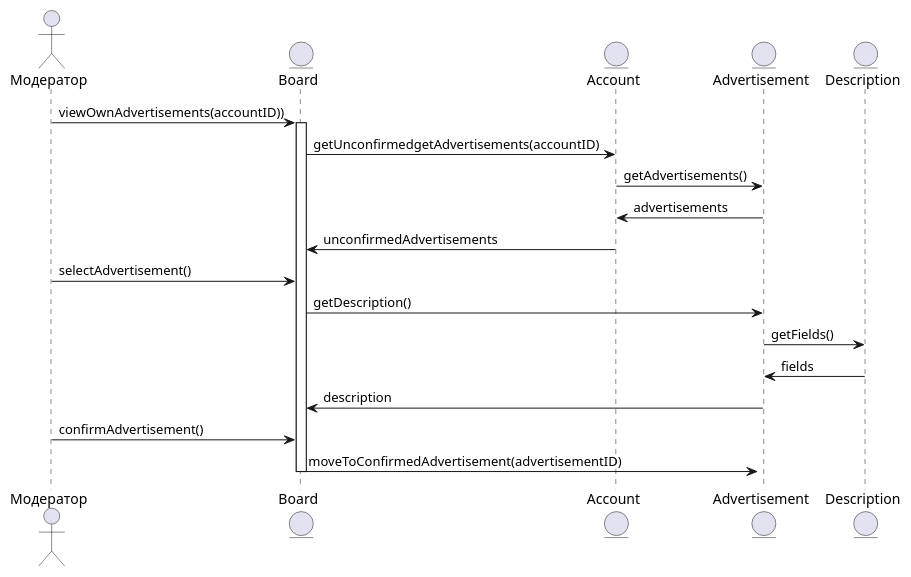
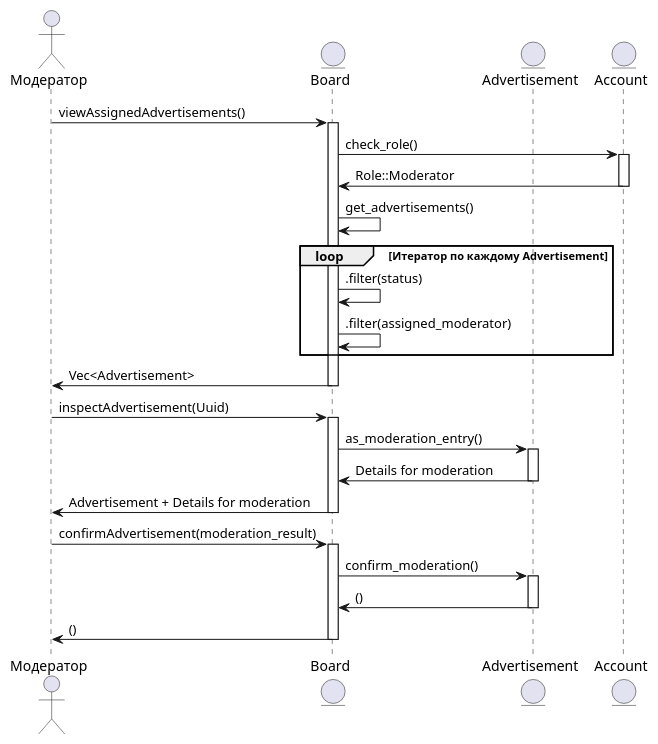
Before and after one commit to penamarth/bsbo-01-22_team1_var13: the diagram in Диаграмма последовательности Модерация объявлений.md, drawn with PlantUML.

Commit message:
fix: Tweak `Диаграмма последовательности Модерация объявлений.md`

````diff
--- a/Диаграмма последовательности Модерация объявлений.md
+++ b/Диаграмма последовательности Модерация объявлений.md
@@ -1,30 +1,42 @@
 ```plantuml
 @startuml
 
 actor Модератор
 entity Board
+entity Advertisement
 entity Account
-entity Advertisement
-entity Description
 
-Модератор -> Board : viewOwnAdvertisements(accountID))
+Модератор -> Board : viewAssignedAdvertisements()
 activate Board
-Board -> Account : getUnconfirmedgetAdvertisements(accountID)
-Advertisement <- Account : getAdvertisements()
-Advertisement -> Account : advertisements
-Board <- Account : unconfirmedAdvertisements
+Board -> Account : check_role()
+activate Account
+Board <- Account : Role::Moderator
+deactivate Account
+Board -> Board : get_advertisements()
+loop Итератор по каждому Advertisement
+Board -> Board : .filter(status)
+Board -> Board : .filter(assigned_moderator)
+end
+Модератор <- Board : Vec<Advertisement>
+deactivate Board
+
+Модератор -> Board : inspectAdvertisement(Uuid)
+activate Board
+Board -> Advertisement : as_moderation_entry()
+activate Advertisement
+Board <- Advertisement : Details for moderation
 deactivate Advertisement
+Модератор <- Board : Advertisement + Details for moderation
+deactivate Board
 
-Модератор -> Board : selectAdvertisement()
-Board -> Advertisement : getDescription()
-Advertisement -> Description : getFields()
-Description -> Advertisement : fields
-Advertisement -> Board : description
-
-Модератор -> Board : confirmAdvertisement()
+Модератор -> Board : confirmAdvertisement(moderation_result)
+activate Board
+Board -> Advertisement : confirm_moderation()
 activate Advertisement
-Advertisement <- Board : moveToConfirmedAdvertisement(advertisementID)
+Board <- Advertisement : ()
+deactivate Advertisement
+Модератор <- Board : ()
 deactivate Board
 
 @enduml
 ```
````
